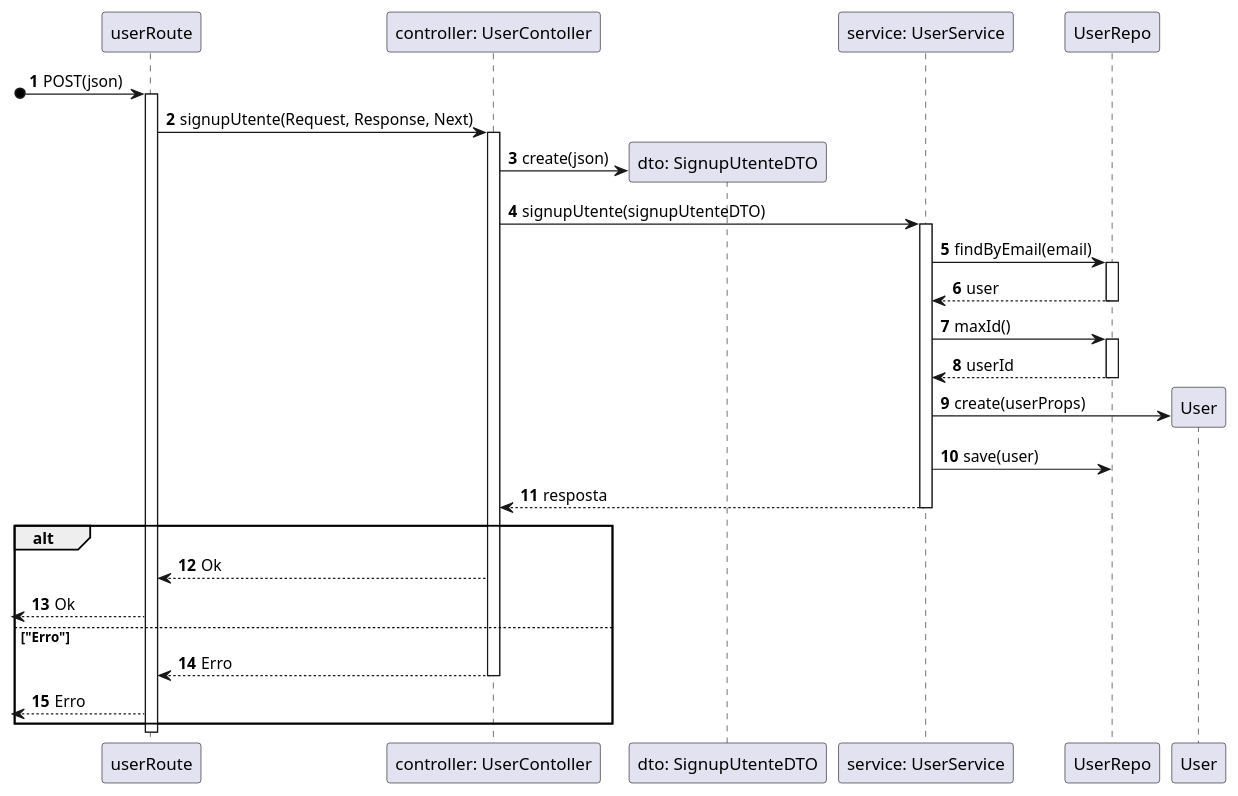
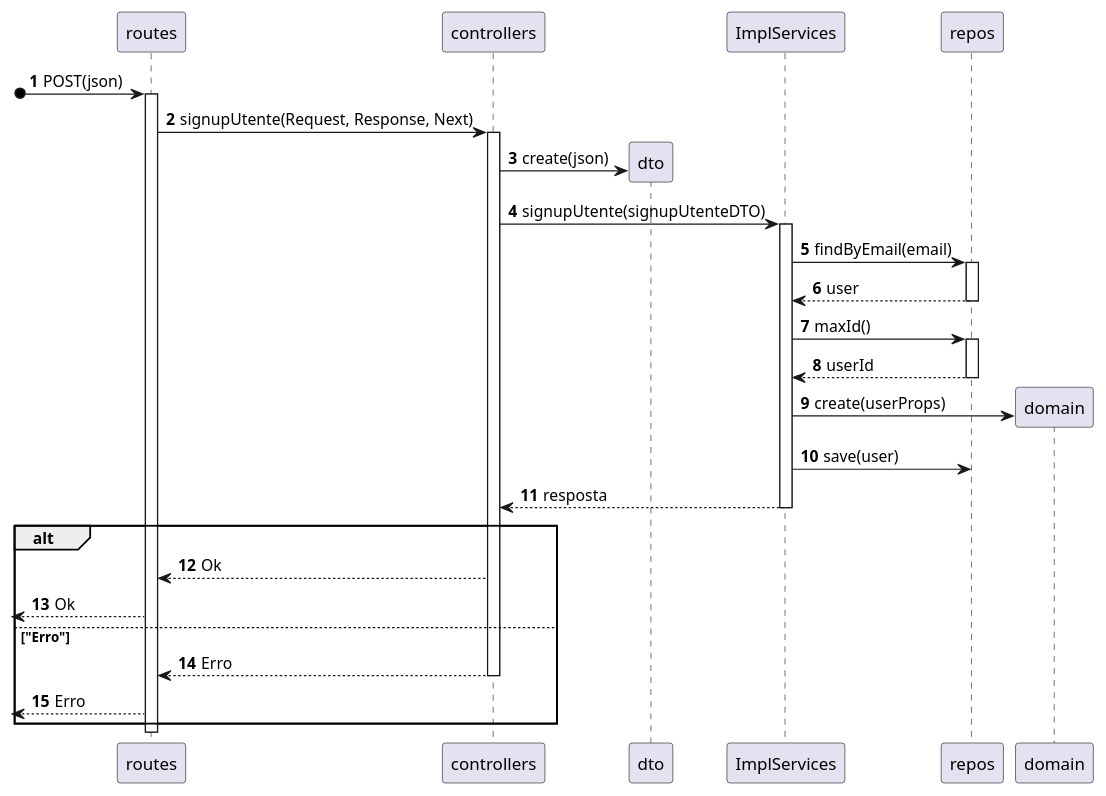
Before and after one commit to SEM5PI2324G58/sem5pi_g58_23_24: the diagram in docs/Sprint_C/US_20/US_20.2/N3/N3_VP.puml, drawn with PlantUML. The commit also changed 1 other file, not shown here.

```diff
--- a/docs/Sprint_C/US_20/US_20.2/N3/N3_VP.puml
+++ b/docs/Sprint_C/US_20/US_20.2/N3/N3_VP.puml
@@ -1,34 +1,34 @@
 autonumber
 
-participant userRoute as route
-participant "controller: UserContoller" as ctrl
-participant "dto: SignupUtenteDTO" as dto
-participant "service: UserService" as service
-participant "UserRepo" as userRepo
-participant "User" as user
+participant routes as route
+participant "controllers" as ctrl
+participant "dto" as dto
+participant "ImplServices" as service
+participant "repos" as userRepo
+participant "domain" as user
 
 [o-> route: POST(json)
 activate route
 route -> ctrl: signupUtente(Request, Response, Next)
 activate ctrl
 ctrl -> dto ** : create(json)
 ctrl -> service: signupUtente(signupUtenteDTO) 
 activate service
 service -> userRepo: findByEmail(email)
 activate userRepo
 return user
 service -> userRepo: maxId()
 activate userRepo
 return userId
 service -> user ** : create(userProps)
 service -> userRepo: save(user)
 return resposta
 alt
 route <-- ctrl: Ok
 <-- route: Ok
 else "Erro"
 route <-- ctrl: Erro
 deactivate ctrl
 <-- route: Erro
 end alt
 deactivate route
```
